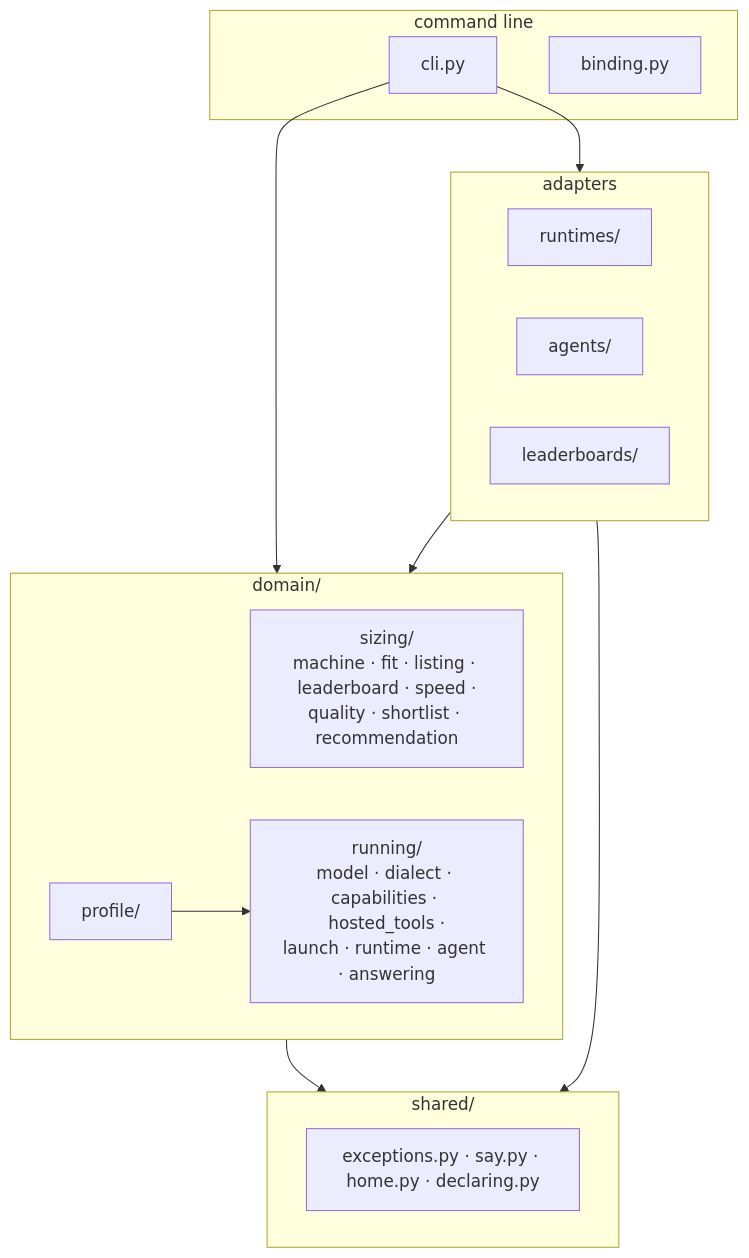
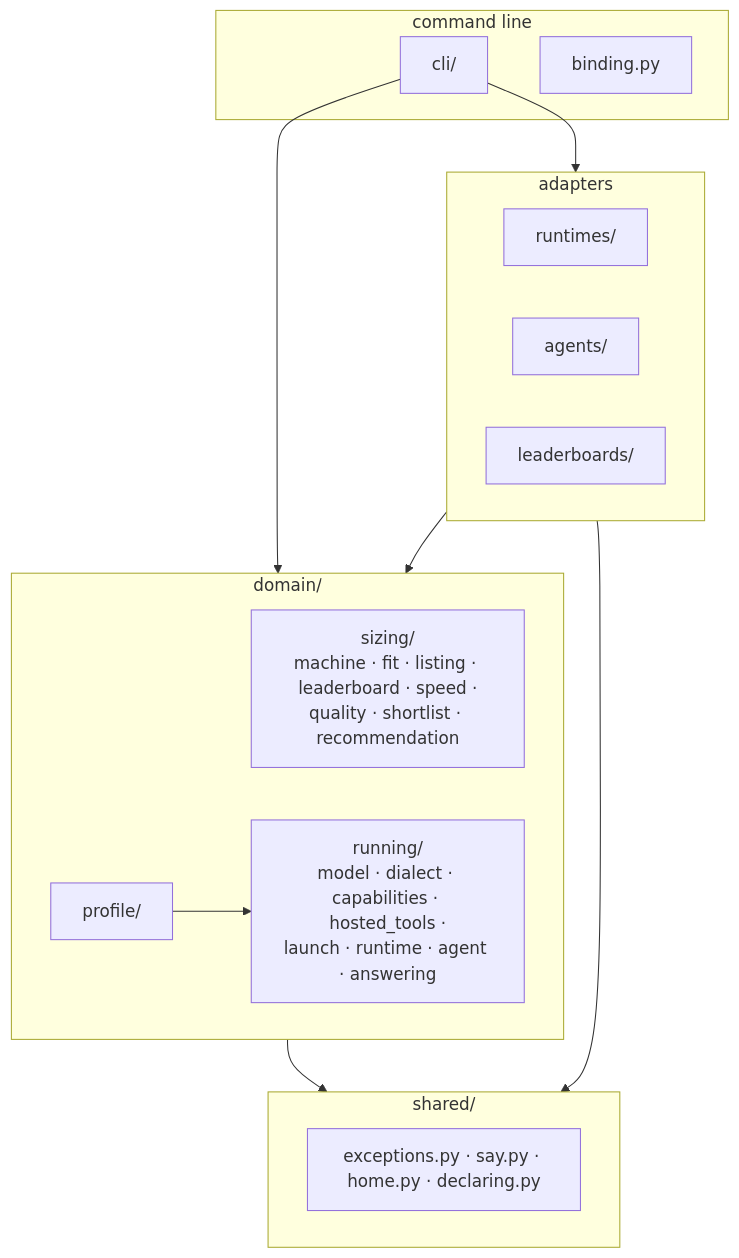
Before and after one commit to pvardanis/offgrid: the first of 3 diagrams in docs/architecture.md, drawn with Mermaid. The commit also changed other lines of this file and 17 other files, not shown here.

````diff
--- a/docs/architecture.md
+++ b/docs/architecture.md
@@ -13,27 +13,27 @@
 ```mermaid
 flowchart TD
     subgraph cmd [command line]
-        cli[cli.py]
+        cli["cli/"]
         binding[binding.py]
     end
     subgraph adapters [adapters]
         rt["runtimes/"]
         ag["agents/"]
         lb["leaderboards/"]
     end
     subgraph domain ["domain/"]
         sizing["sizing/<br/>machine · fit · listing · leaderboard · speed ·<br/>quality · shortlist · recommendation"]
         running["running/<br/>model · dialect · capabilities · hosted_tools ·<br/>launch · runtime · agent · answering"]
         profile["profile/"]
     end
     subgraph shared ["shared/"]
         sh["exceptions.py · say.py · home.py · declaring.py"]
     end
 
     cli --> adapters
     cli --> domain
     adapters --> domain
     domain --> shared
     adapters --> shared
     profile --> running
 ```
````
